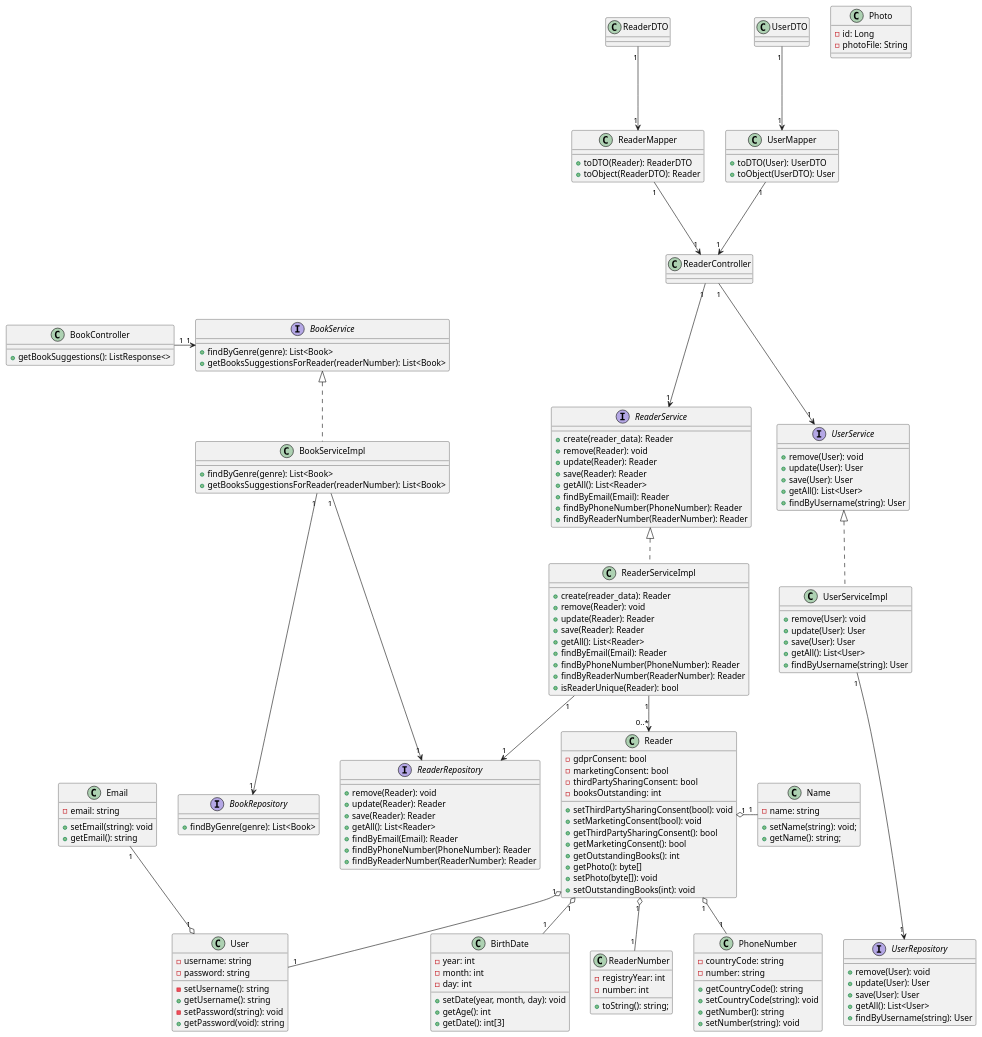
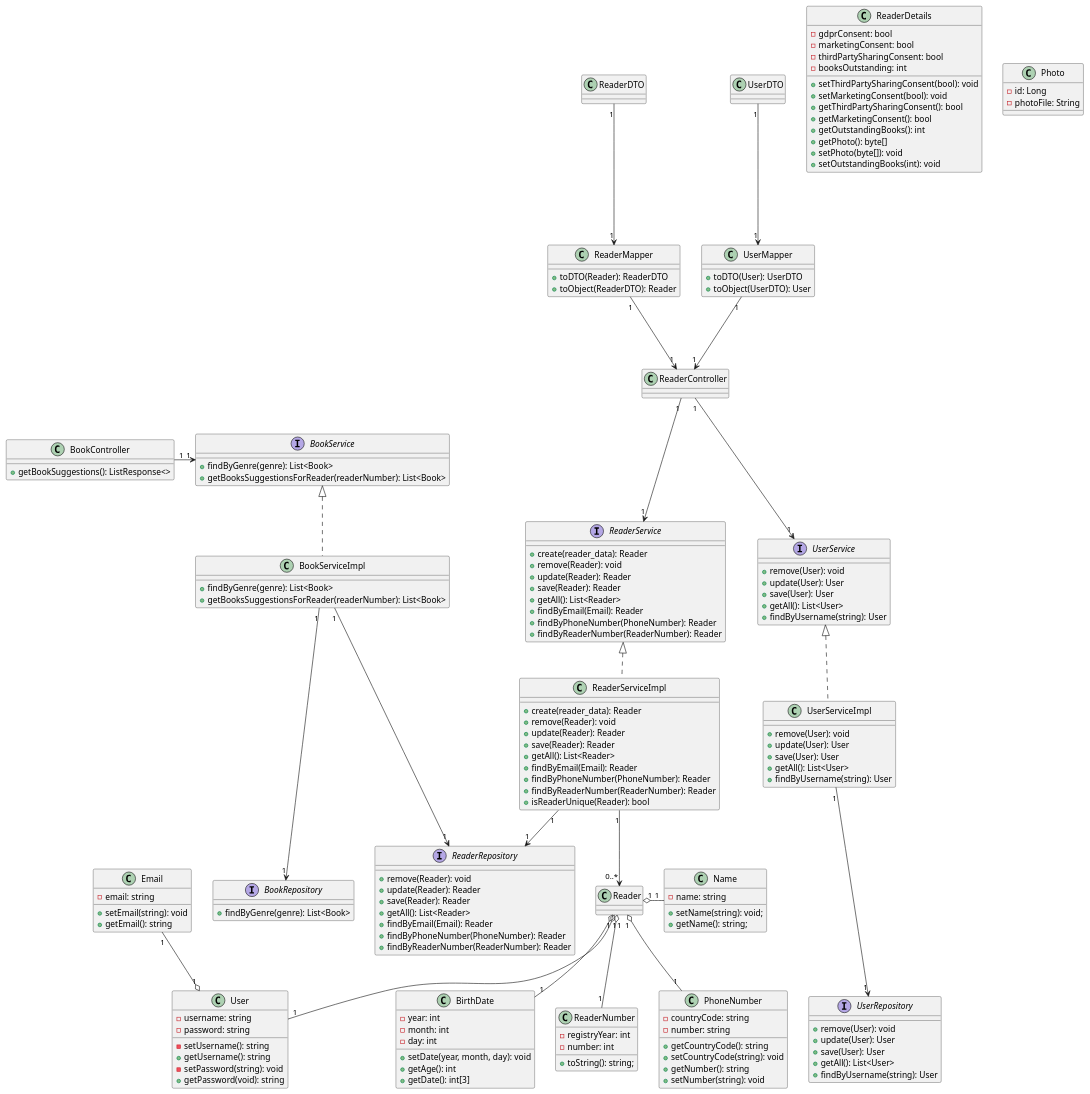
Before and after one commit to rutemf/1220944_1220772_G01: the diagram in Docs/Phase2/WP3B-Readers/WP3B-Readers-CD.puml, drawn with PlantUML. The commit also changed 6 other files, not shown here.

```diff
--- a/Docs/Phase2/WP3B-Readers/WP3B-Readers-CD.puml
+++ b/Docs/Phase2/WP3B-Readers/WP3B-Readers-CD.puml
@@ -1,195 +1,191 @@
 @startuml
 'https://plantuml.com/sequence-diagram
 
 interface ReaderRepository {
     + remove(Reader): void
     + update(Reader): Reader
     + save(Reader): Reader
     + getAll(): List<Reader>
     + findByEmail(Email): Reader
     + findByPhoneNumber(PhoneNumber): Reader
     + findByReaderNumber(ReaderNumber): Reader
 }
-
-/'class ReaderFactory {
-    + create: Reader
-}'/
 
 interface ReaderService {
     + create(reader_data): Reader
     + remove(Reader): void
     + update(Reader): Reader
     + save(Reader): Reader
     + getAll(): List<Reader>
     + findByEmail(Email): Reader
     + findByPhoneNumber(PhoneNumber): Reader
     + findByReaderNumber(ReaderNumber): Reader
 }
 
 class ReaderServiceImpl implements ReaderService {
     + create(reader_data): Reader
     + remove(Reader): void
     + update(Reader): Reader
     + save(Reader): Reader
     + getAll(): List<Reader>
     + findByEmail(Email): Reader
     + findByPhoneNumber(PhoneNumber): Reader
     + findByReaderNumber(ReaderNumber): Reader
     + isReaderUnique(Reader): bool
 }
 
 class ReaderController {
 }
 
-class Reader {
+class ReaderDetails {
     - gdprConsent: bool
     - marketingConsent: bool
     - thirdPartySharingConsent: bool
     - booksOutstanding: int
     + setThirdPartySharingConsent(bool): void
     + setMarketingConsent(bool): void
     + getThirdPartySharingConsent(): bool
     + getMarketingConsent(): bool
     + getOutstandingBooks(): int
     /'Min: 0 | Max: 3'/
     + getPhoto(): byte[]
     + setPhoto(byte[]): void
     + setOutstandingBooks(int): void
 }
 
 class Name {
     - name: string
     + setName(string): void;
     + getName(): string;
 }
 
 class ReaderNumber {
     - registryYear: int
     - number: int
     + toString(): string;
 }
 
 class Email {
     - email: string
     + setEmail(string): void
     + getEmail(): string
 }
 
 class PhoneNumber {
     - countryCode: string
     - number: string
     + getCountryCode(): string
     + setCountryCode(string): void
     + getNumber(): string
     + setNumber(string): void
 }
 
 class BirthDate {
     - year: int
     - month: int
     - day: int
     + setDate(year, month, day): void
     + getAge(): int
     + getDate(): int[3]
 }
 
 class User {
     - username: string
     /'TODO: Falta obter resposta do prof quando à alteração do username. Para já, fica o método como privado e é chamado unicamente no construtor'/
     - setUsername(): string
     + getUsername(): string
     - password: string
     /'TODO: Falta obter resposta do professor, no moodle, quando à possibilidade da password ser alterada pelo Reader. Método, para já, privado e chamado unicamente no construtor'/
     - setPassword(string): void
     + getPassword(void): string
 }
 
 interface UserRepository {
     + remove(User): void
     + update(User): User
     + save(User): User
     + getAll(): List<User>
     + findByUsername(string): User
 }
 
 interface UserService {
     + remove(User): void
     + update(User): User
     + save(User): User
     + getAll(): List<User>
     + findByUsername(string): User
 }
 
 class UserServiceImpl implements UserService {
     + remove(User): void
     + update(User): User
     + save(User): User
     + getAll(): List<User>
     + findByUsername(string): User
 }
 
 class ReaderMapper {
     + toDTO(Reader): ReaderDTO
     + toObject(ReaderDTO): Reader
 }
 
 class ReaderDTO {}
 
 class UserDTO {}
 
 class UserMapper {
     + toDTO(User): UserDTO
     + toObject(UserDTO): User
 }
 
 class Photo {
     - id: Long
     - photoFile: String
 
 }
 
 interface BookRepository {
     + findByGenre(genre): List<Book>
 }
 
 interface BookService {
     + findByGenre(genre): List<Book>
     + getBooksSuggestionsForReader(readerNumber): List<Book>
 }
 
 class BookServiceImpl implements BookService {
     + findByGenre(genre): List<Book>
     + getBooksSuggestionsForReader(readerNumber): List<Book>
 }
 
 class BookController {
     + getBookSuggestions(): ListResponse<>
 }
 
 BookController "1" -> "1" BookService
 BookServiceImpl "1" ---> "1" BookRepository
 BookServiceImpl "1" ---> "1" ReaderRepository
 
 UserServiceImpl "1" ---> "1" UserRepository
 ReaderDTO "1" ---> "1" ReaderMapper
 
 ReaderMapper "1" ---> "1" ReaderController
 
 UserDTO "1" ---> "1" UserMapper
 UserMapper "1" ---> "1" ReaderController
 
 ReaderController "1" ---> "1" ReaderService
 ReaderController "1" ---> "1" UserService
 Reader "1" o-down- "1" User
 Reader "1" o- "1" Name
 Reader "1" o-down- "1" ReaderNumber
 User "1" o-up- "1" Email
 Reader "1" o-down- "1" PhoneNumber
 Reader "1" o-down- "1" BirthDate
 'ReaderFactory "1" -> "1" ReaderRepository
 'ReaderService "1" -up-> "1" ReaderFactory
 ReaderServiceImpl "1" --> "0..*" Reader
 ReaderServiceImpl "1" --> "1" ReaderRepository
 
 
 @enduml
```
